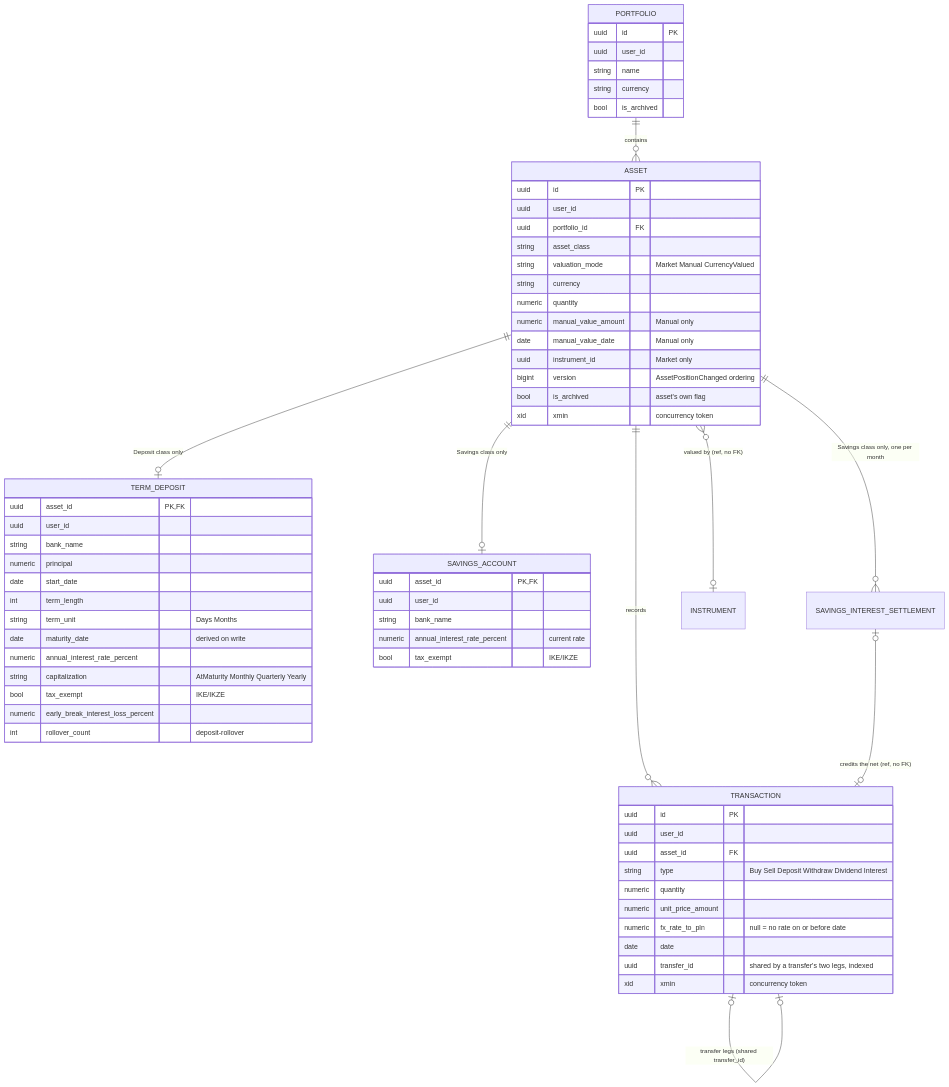
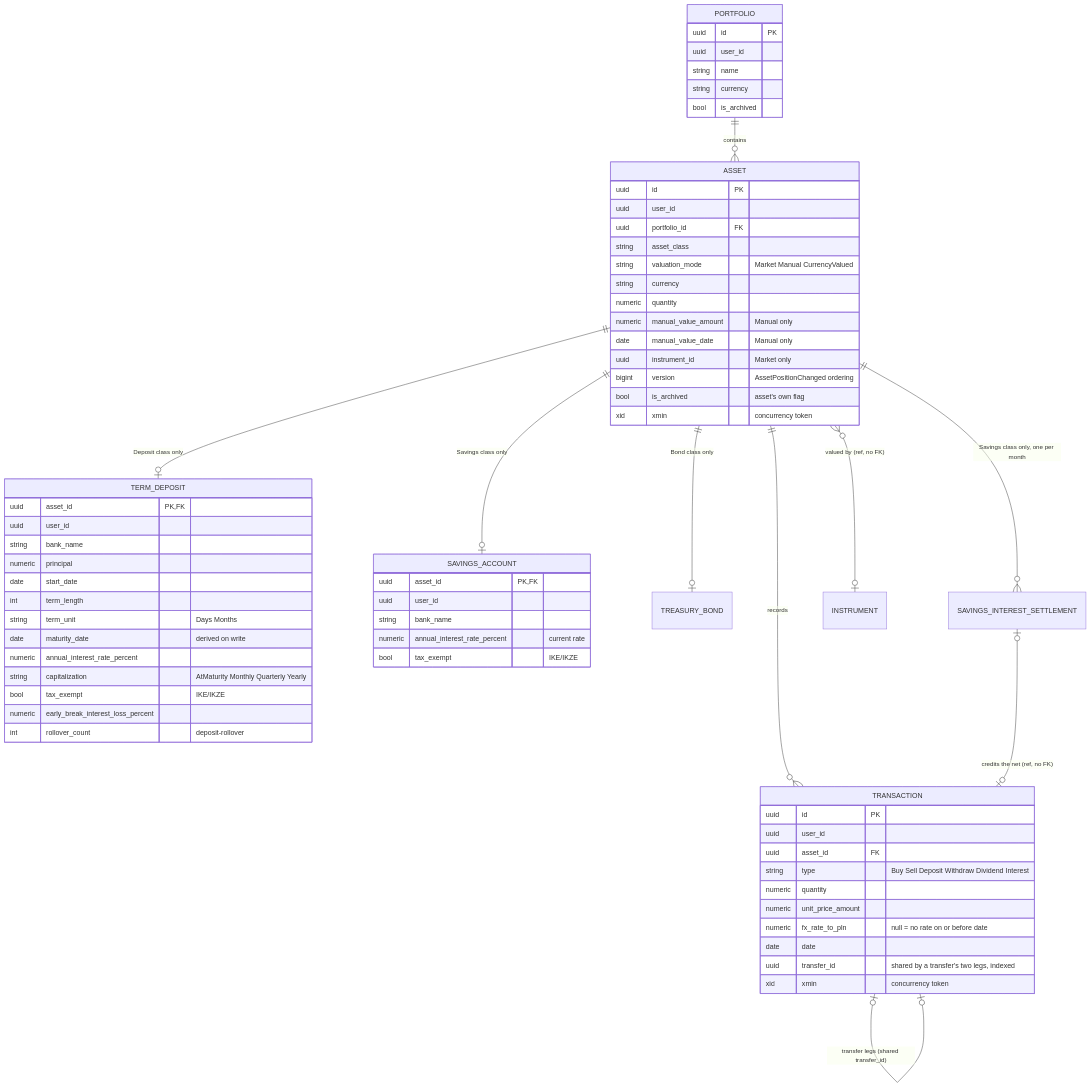
Before and after one commit to Maliniak93/FinMel: the first of 3 diagrams in skarbiec-plan/domain.md, drawn with Mermaid. The commit also changed other lines of this file and 77 other files, not shown here.

````diff
--- a/skarbiec-plan/domain.md
+++ b/skarbiec-plan/domain.md
@@ -49,67 +52,68 @@
 ```mermaid
 erDiagram
     PORTFOLIO ||--o{ ASSET : contains
     ASSET ||--o{ TRANSACTION : records
     TRANSACTION |o--o| TRANSACTION : "transfer legs (shared transfer_id)"
     ASSET ||--o| TERM_DEPOSIT : "Deposit class only"
     ASSET ||--o| SAVINGS_ACCOUNT : "Savings class only"
+    ASSET ||--o| TREASURY_BOND : "Bond class only"
     ASSET ||--o{ SAVINGS_INTEREST_SETTLEMENT : "Savings class only, one per month"
     SAVINGS_INTEREST_SETTLEMENT |o--o| TRANSACTION : "credits the net (ref, no FK)"
     ASSET }o--o| INSTRUMENT : "valued by (ref, no FK)"
     PORTFOLIO {
         uuid id PK
         uuid user_id
         string name
         string currency
         bool is_archived
     }
     ASSET {
         uuid id PK
         uuid user_id
         uuid portfolio_id FK
         string asset_class
         string valuation_mode "Market Manual CurrencyValued"
         string currency
         numeric quantity
         numeric manual_value_amount "Manual only"
         date manual_value_date "Manual only"
         uuid instrument_id "Market only"
         bigint version "AssetPositionChanged ordering"
         bool is_archived "asset's own flag"
         xid xmin "concurrency token"
     }
     TRANSACTION {
         uuid id PK
         uuid user_id
         uuid asset_id FK
         string type "Buy Sell Deposit Withdraw Dividend Interest"
         numeric quantity
         numeric unit_price_amount
         numeric fx_rate_to_pln "null = no rate on or before date"
         date date
         uuid transfer_id "shared by a transfer's two legs, indexed"
         xid xmin "concurrency token"
     }
     TERM_DEPOSIT {
         uuid asset_id PK, FK
         uuid user_id
         string bank_name
         numeric principal
         date start_date
         int term_length
         string term_unit "Days Months"
         date maturity_date "derived on write"
         numeric annual_interest_rate_percent
         string capitalization "AtMaturity Monthly Quarterly Yearly"
         bool tax_exempt "IKE/IKZE"
         numeric early_break_interest_loss_percent
         int rollover_count "deposit-rollover"
     }
     SAVINGS_ACCOUNT {
         uuid asset_id PK, FK
         uuid user_id
         string bank_name
         numeric annual_interest_rate_percent "current rate"
         bool tax_exempt "IKE/IKZE"
     }
 ```
````
